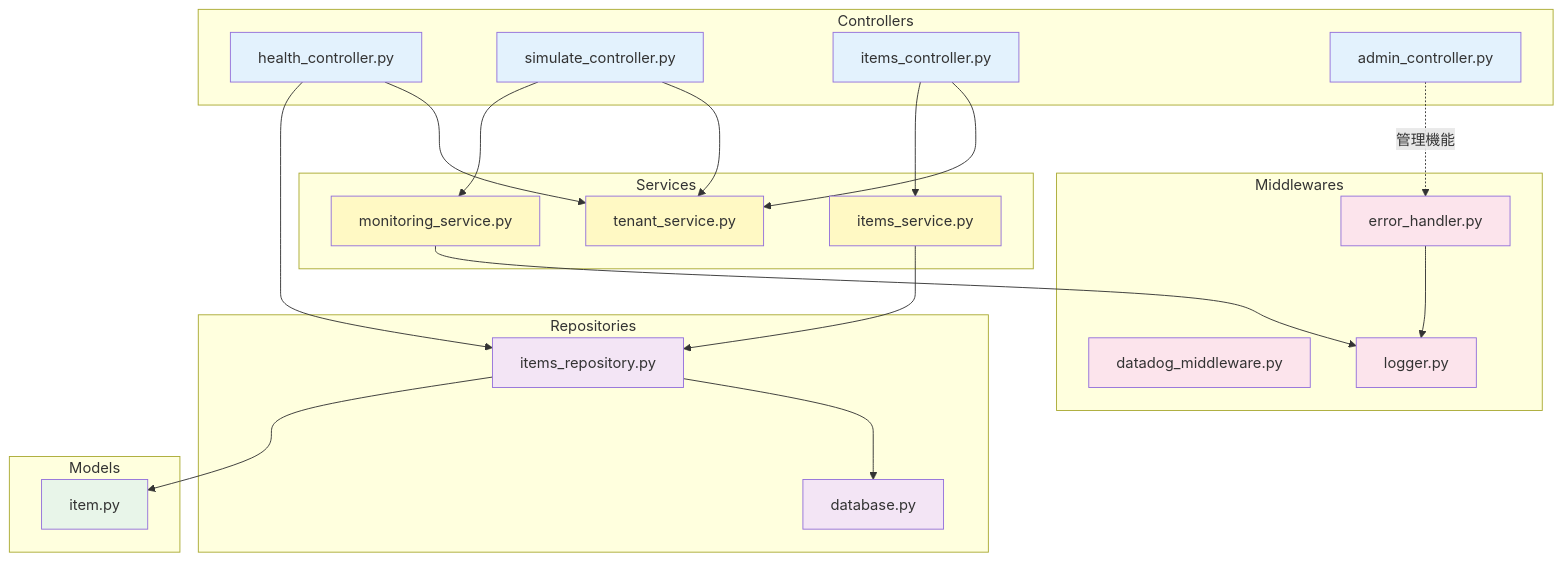
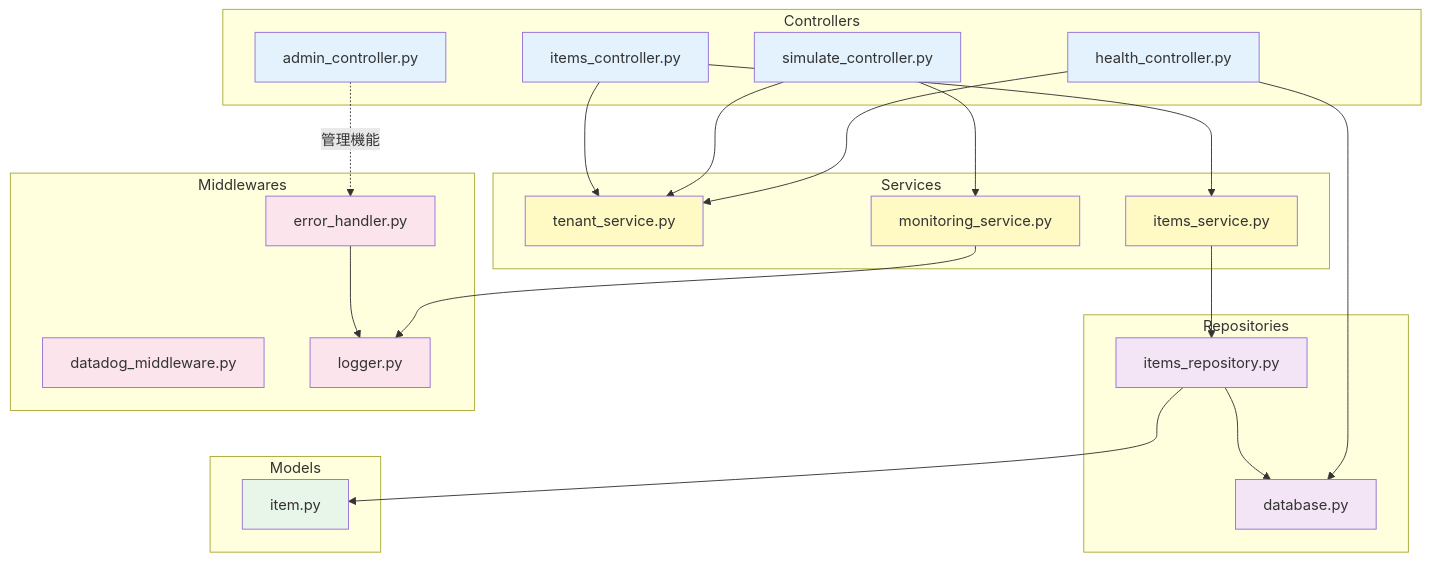
One commit to k-tanaka-522/datadog-for-AWS-terraform changed the diagram in docs/03_アプリケーション設計/02_詳細設計/INDEX.md. Above: the diagram before and after it, drawn with Mermaid. The commit also changed other lines of this file and 30 other files, not shown here.

````diff
--- a/docs/03_アプリケーション設計/02_詳細設計/INDEX.md
+++ b/docs/03_アプリケーション設計/02_詳細設計/INDEX.md
@@ -148,60 +148,60 @@
 ```mermaid
 graph TB
     subgraph "Controllers"
         Health[health_controller.py]
         Simulate[simulate_controller.py]
         Items[items_controller.py]
         Admin[admin_controller.py]
     end
 
     subgraph "Services"
         TenantService[tenant_service.py]
         ItemsService[items_service.py]
         MonitoringService[monitoring_service.py]
     end
 
     subgraph "Repositories"
         ItemsRepo[items_repository.py]
         Database[database.py]
     end
 
     subgraph "Models"
         Item[item.py]
     end
 
     subgraph "Middlewares"
         Datadog[datadog_middleware.py]
         ErrorHandler[error_handler.py]
         Logger[logger.py]
     end
 
     Health --> TenantService
-    Health --> ItemsRepo
+    Health --> Database
     Simulate --> TenantService
     Simulate --> MonitoringService
     Items --> TenantService
     Items --> ItemsService
     Admin -.管理機能.-> ErrorHandler
 
     ItemsService --> ItemsRepo
     MonitoringService --> Logger
 
     ItemsRepo --> Database
     ItemsRepo --> Item
 
     ErrorHandler --> Logger
 
     style Health fill:#e3f2fd
     style Simulate fill:#e3f2fd
     style Items fill:#e3f2fd
     style Admin fill:#e3f2fd
     style TenantService fill:#fff9c4
     style ItemsService fill:#fff9c4
     style MonitoringService fill:#fff9c4
     style ItemsRepo fill:#f3e5f5
     style Database fill:#f3e5f5
     style Item fill:#e8f5e9
     style Datadog fill:#fce4ec
     style ErrorHandler fill:#fce4ec
     style Logger fill:#fce4ec
 ```
````
